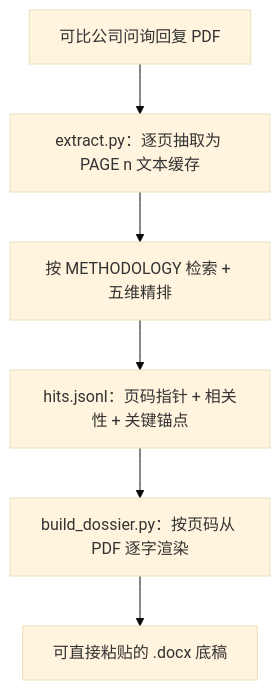
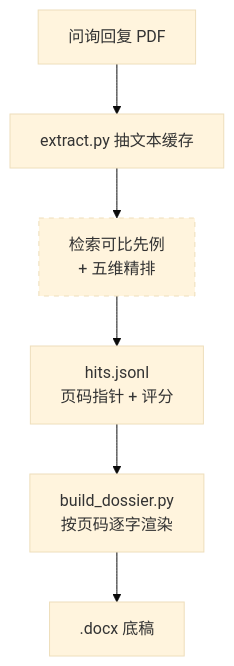
One commit to hhaa134323/ipo-inquiry-dossier changed the diagram in README.md. Above: the diagram before and after it, drawn with Mermaid (base theme). The commit also changed other lines of this file, not shown here.

Commit message:
Refine README: drop intern framing & manual-script path, add natural-language install, clarify AI role in workflow diagram

````diff
--- a/README.md
+++ b/README.md
@@ -141,8 +126,10 @@
 ```mermaid
 flowchart TD
-    A["可比公司问询回复 PDF"] --> B["extract.py：逐页抽取为 PAGE n 文本缓存"]
-    B --> C["按 METHODOLOGY 检索 + 五维精排"]
-    C --> D["hits.jsonl：页码指针 + 相关性 + 关键锚点"]
-    D --> E["build_dossier.py：按页码从 PDF 逐字渲染"]
-    E --> F["可直接粘贴的 .docx 底稿"]
+    A["问询回复 PDF"] --> B["extract.py 抽文本缓存"]
+    B --> C["检索可比先例<br>+ 五维精排"]
+    C --> D["hits.jsonl<br>页码指针 + 评分"]
+    D --> E["build_dossier.py<br>按页码逐字渲染"]
+    E --> F[".docx 底稿"]
+    classDef ai stroke-dasharray:5 5;
+    class C ai;
 ```
````
